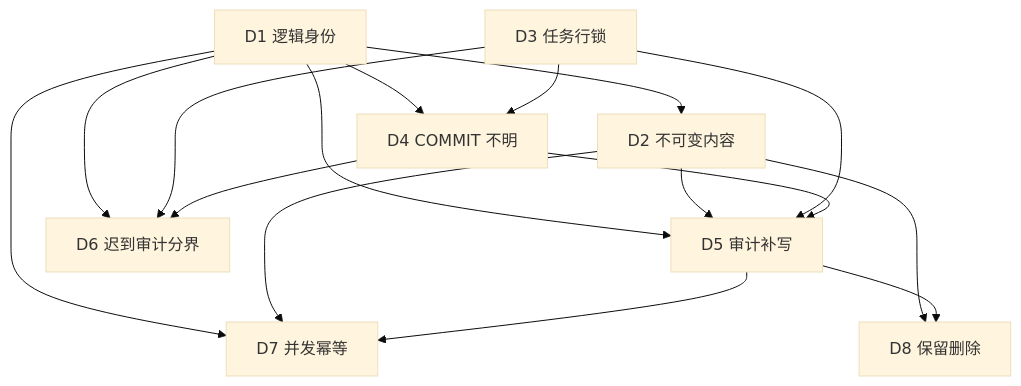
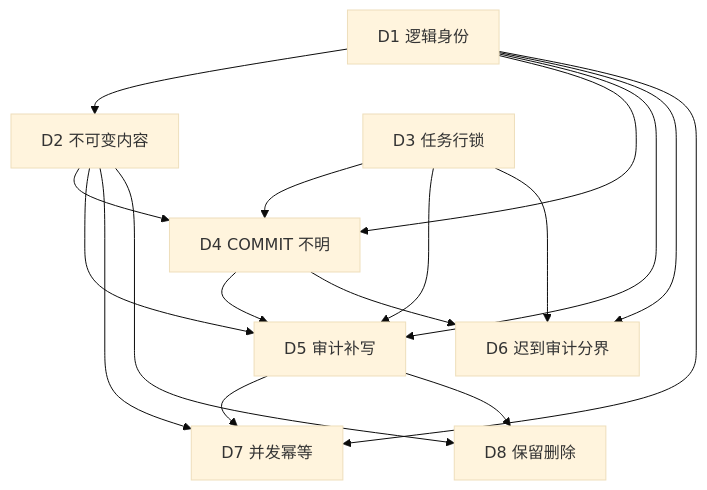
The diagram in docs/investigation/round-01/06-04/06-04-42 MTX Data Platform V2 IR-10 架构批准阻塞项拆解与技术决策顺序审查.md (david606/mtx-data-platform), drawn with Mermaid (base theme) before and after one commit. The commit also changed other lines of this file, not shown here.

````diff
--- a/docs/investigation/round-01/06-04/06-04-42 MTX Data Platform V2 IR-10 架构批准阻塞项拆解与技术决策顺序审查.md
+++ b/docs/investigation/round-01/06-04/06-04-42 MTX Data Platform V2 IR-10 架构批准阻塞项拆解与技术决策顺序审查.md
@@ -192,26 +216,27 @@
 ```mermaid
 flowchart TD
   D1[D1 逻辑身份]
   D2[D2 不可变内容]
   D3[D3 任务行锁]
   D4[D4 COMMIT 不明]
   D5[D5 审计补写]
   D6[D6 迟到审计分界]
   D7[D7 并发幂等]
   D8[D8 保留删除]
   D1 --> D2
   D1 --> D4
   D1 --> D5
   D1 --> D6
   D1 --> D7
+  D2 --> D4
   D2 --> D5
   D2 --> D7
   D2 --> D8
   D3 --> D4
   D3 --> D5
   D3 --> D6
   D4 --> D5
   D4 --> D6
   D5 --> D7
   D5 --> D8
 ```
````
